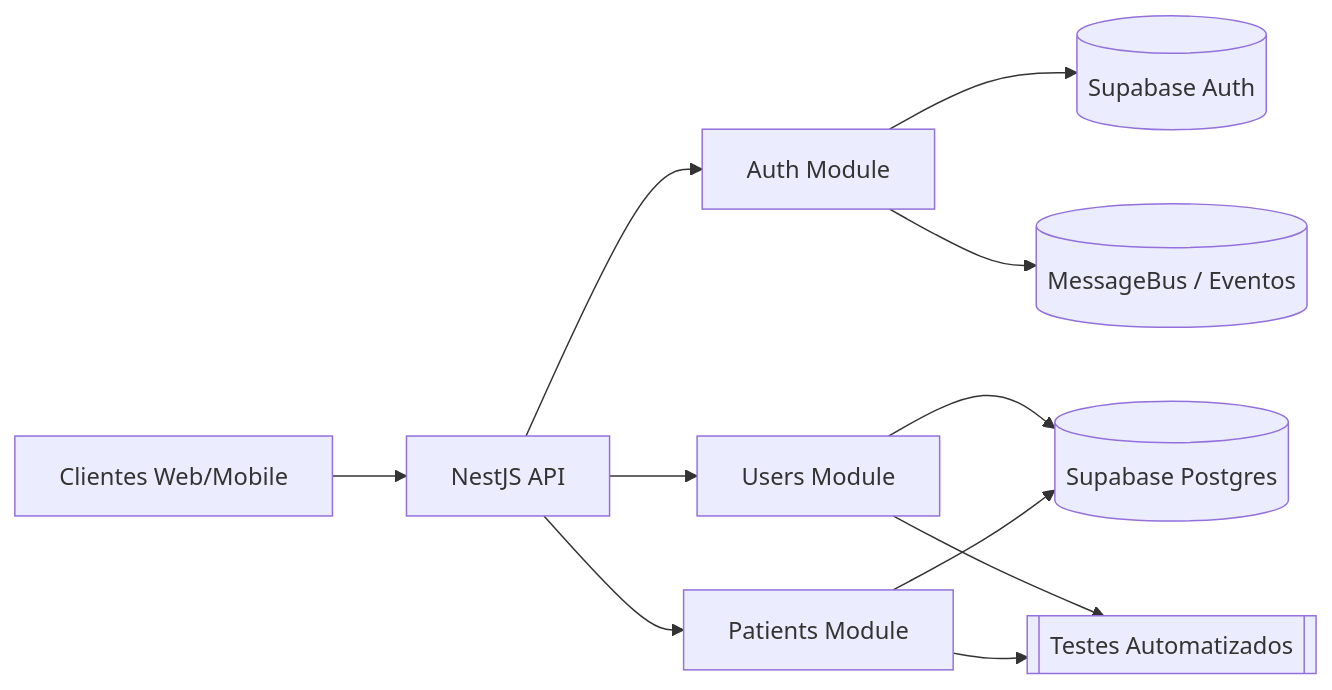
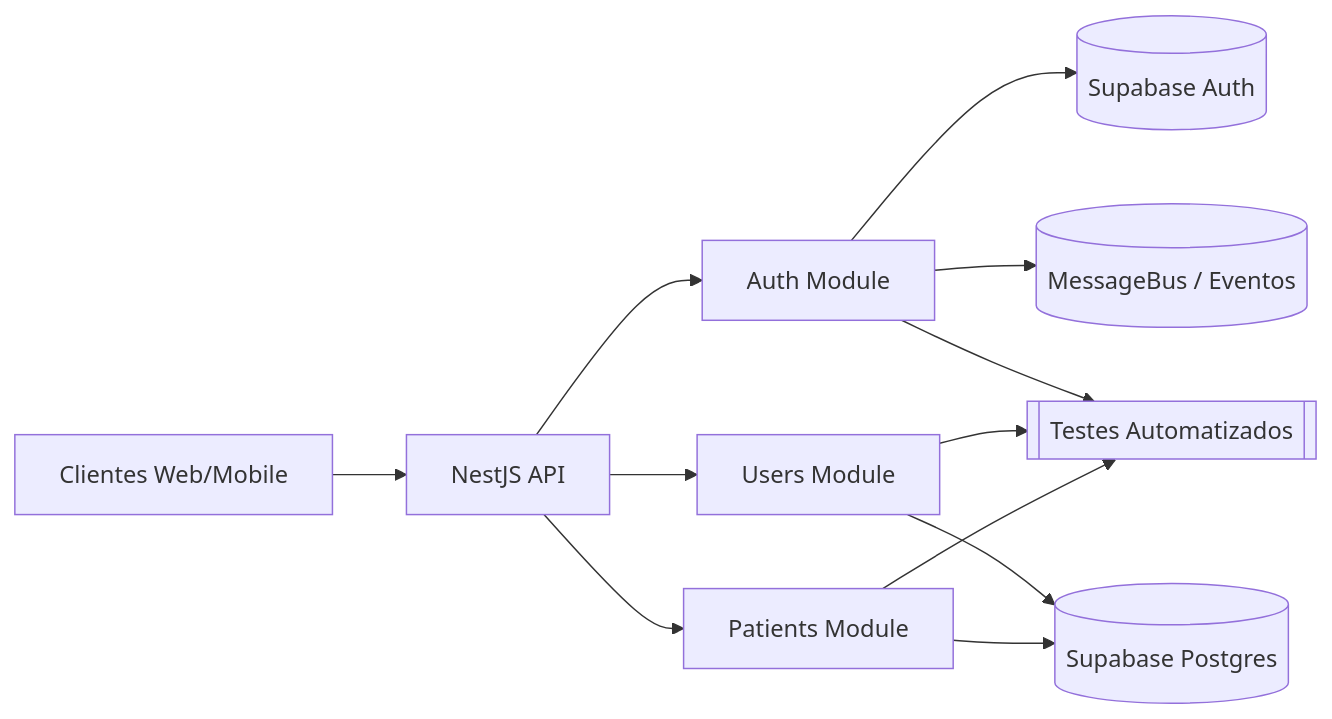
The diagram in README.md (wesandradealves/onterapi), drawn with Mermaid before and after one commit. The commit also changed 1 other file, not shown here.

Commit message:
docs: refletir auth no fluxograma de testes

````diff
--- a/README.md
+++ b/README.md
@@ -335,13 +335,14 @@
 ```mermaid
 flowchart LR
     Client[Clientes Web/Mobile] --> API[NestJS API]
     API --> Auth[Auth Module]
     API --> Users[Users Module]
     API --> Patients[Patients Module]
     Auth --> SupabaseAuth[(Supabase Auth)]
     Users --> SupabaseDB[(Supabase Postgres)]
     Patients --> SupabaseDB
     Auth --> MessageBus[(MessageBus / Eventos)]
+    Auth --> Tests[[Testes Automatizados]]
     Users --> Tests[[Testes Automatizados]]
     Patients --> Tests
 ```
````
